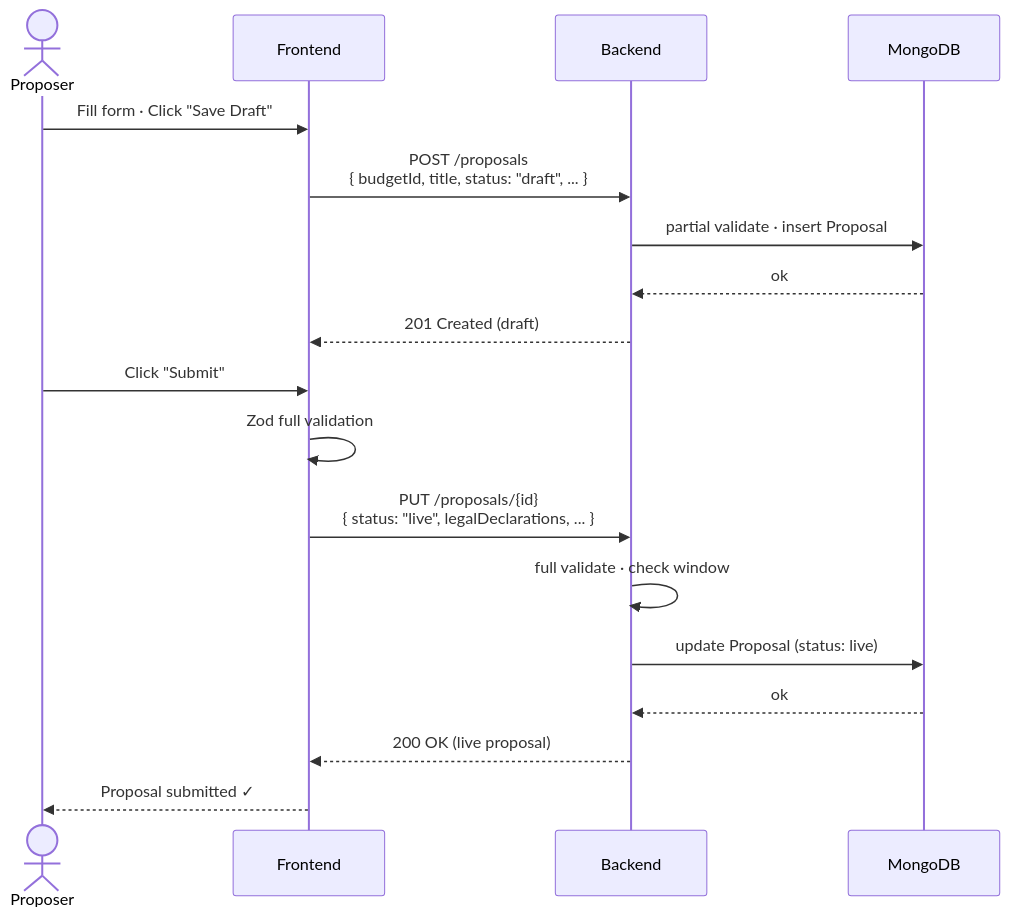
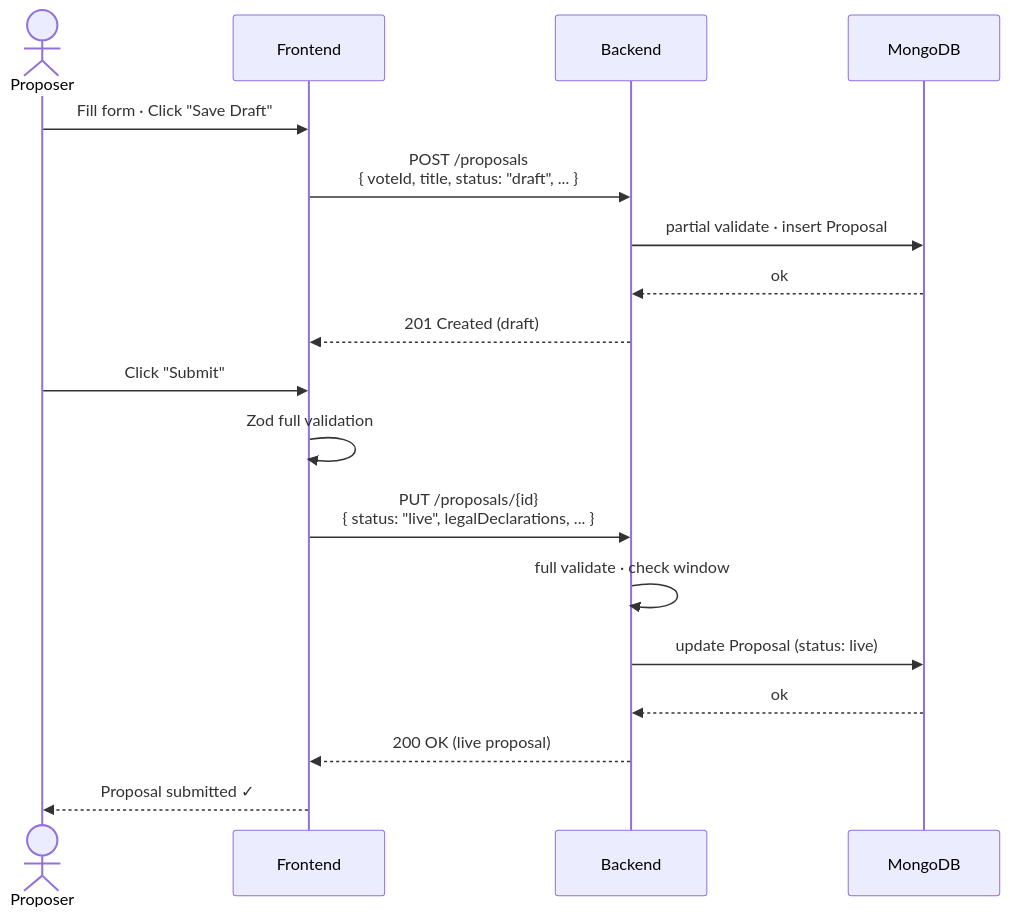
The fourth of 5 diagrams in docs/system-architecture.md (lerna-labs/ekklesia-proposal-module), drawn with Mermaid before and after one commit. The commit also changed other lines of this file and 8 other files, not shown here.

````diff
--- a/docs/system-architecture.md
+++ b/docs/system-architecture.md
@@ -378,22 +378,22 @@
 ```mermaid
 sequenceDiagram
     actor Proposer
     participant Frontend
     participant Backend
     participant MongoDB
 
     Proposer->>Frontend: Fill form · Click "Save Draft"
-    Frontend->>Backend: POST /proposals<br/>{ budgetId, title, status: "draft", ... }
+    Frontend->>Backend: POST /proposals<br/>{ voteId, title, status: "draft", ... }
     Backend->>MongoDB: partial validate · insert Proposal
     MongoDB-->>Backend: ok
     Backend-->>Frontend: 201 Created (draft)
 
     Proposer->>Frontend: Click "Submit"
     Frontend->>Frontend: Zod full validation
     Frontend->>Backend: PUT /proposals/{id}<br/>{ status: "live", legalDeclarations, ... }
     Backend->>Backend: full validate · check window
     Backend->>MongoDB: update Proposal (status: live)
     MongoDB-->>Backend: ok
     Backend-->>Frontend: 200 OK (live proposal)
     Frontend-->>Proposer: Proposal submitted ✓
 ```
````
